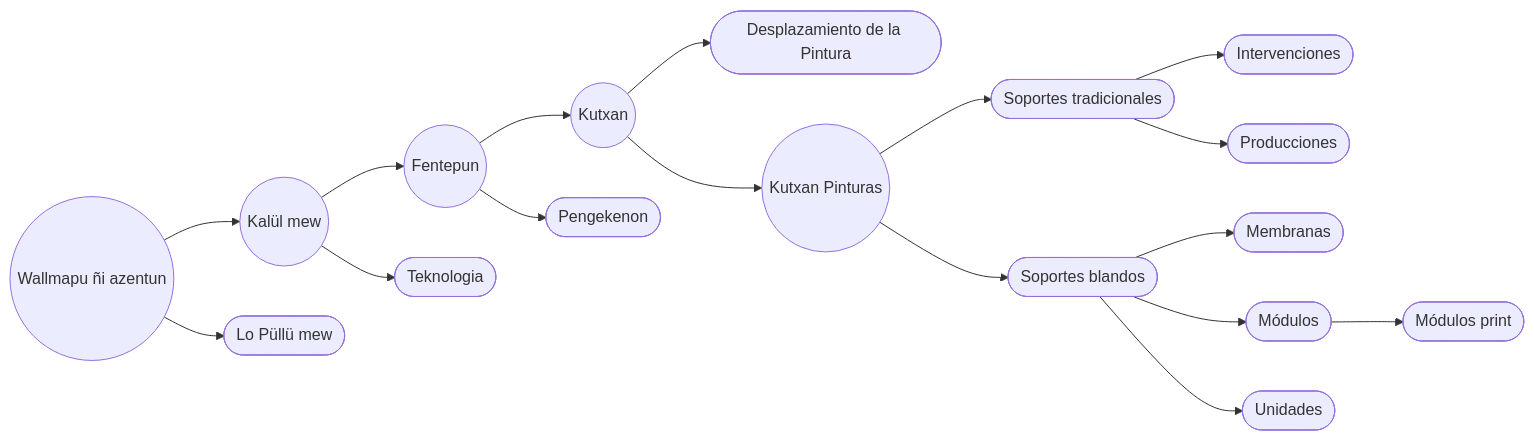
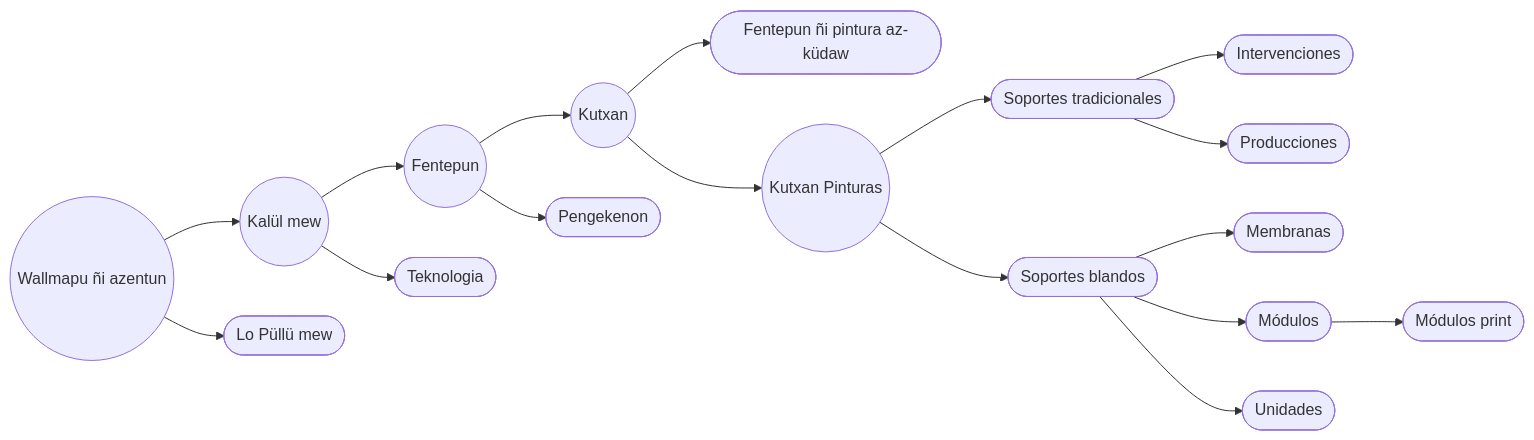
Before and after one commit to EGGS-Artesvisuales/EGGS-Artesvisuales.github.io: the first of 6 diagrams in MPD/peste-pinturas-infectadas.md, drawn with Mermaid. The commit also changed other lines of this file and 41 other files, not shown here.

```diff
--- a/MPD/peste-pinturas-infectadas.md
+++ b/MPD/peste-pinturas-infectadas.md
@@ -46,69 +46,69 @@
 <div class="mermaid">
 flowchart LR
   RM((Wallmapu ñi azentun))
   LT((Kalül mew))
   Z2([Lo Püllü mew])
 
   LS((Fentepun))
   LTec([Teknologia])
   LP((Kutxan))
   LI([Pengekenon])
-  DP([Desplazamiento de la Pintura])
+  DP([Fentepun ñi pintura az-küdaw])
 
   PI((Kutxan Pinturas))
   ST([Soportes tradicionales])
   SB([Soportes blandos])
 
   INT([Intervenciones])
   PROD([Producciones])
 
   MEM([Membranas])
   MOD([Módulos])
   MODP([Módulos print])
   UNI([Unidades])
 
   RM --> LT
   RM --> Z2
 
   LT --> LS
   LT --> LTec
 
   LS --> LP
   LS --> LI
 
   LP --> DP
   LP --> PI
 
   PI --> ST
   PI --> SB
 
   ST --> INT
   ST --> PROD
 
   SB --> MEM
   SB --> MOD
   MOD --> MODP
   SB --> UNI
 
   click RM "/MPD/mundo-exterior.html" "Adkintun: Wallmapu ñi azentun"
   click LT "/MPD/tangible.html" "Adkintun: Kalül mew"
   click Z2 "/MPD/intangible.html" "Adkintun: Lo Püllü mew"
 
   click LS "/MPD/saturacion.html" "Adkintun: Fentepun"
   click LTec "/MPD/en-construccion.html" "Adkintun: Teknologia"
   click LP "/MPD/la-peste.html" "Adkintun: Kutxan"
   click LI "/MPD/lo-invisible.html" "Adkintun: Pengekenon"
-  click DP "/MPD/desplazamiento-pintura.html" "Adkintun: Desplazamiento de la Pintura"
+  click DP "/MPD/desplazamiento-pintura.html" "Adkintun: Fentepun ñi pintura az-küdaw"
 
   click PI "/MPD/peste-pinturas-infectadas.html" "Adkintun: Kutxan Pinturas"
 
   click ST "#soportes-tradicionales" "Amun: Soportes tradicionales"
   click INT "#intervenciones" "Amun: Intervenciones"
   click PROD "#producciones" "Amun: Producciones"
 
   click SB "#soportes-blandos" "Amun: Soportes blandos"
   click MEM "#membranas" "Amun: Membranas"
   click MOD "#modulos" "Amun: Módulos"
   click MODP "#modulos-prints" "Amun: Módulos print"
   click UNI "#unidades" "Amun: Unidades"
 </div>
```
